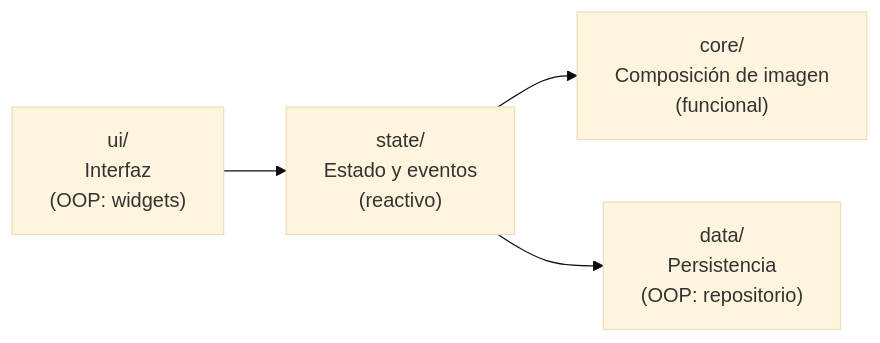
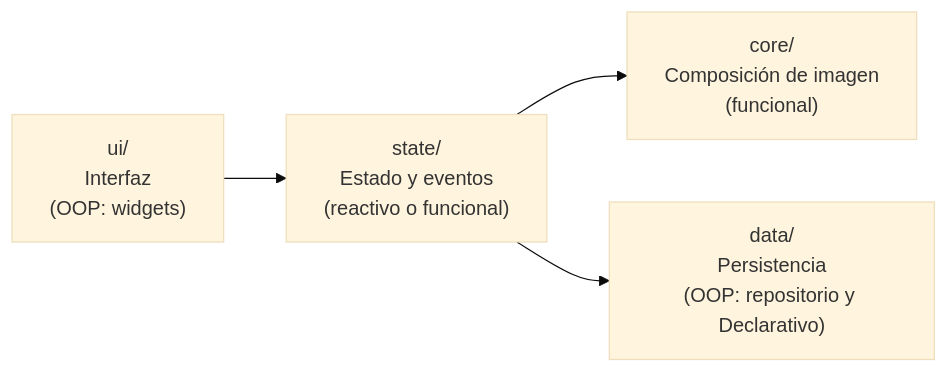
One commit to Dacknow/GeoSnap changed the first of 2 diagrams in README.md. Above: the diagram before and after it, drawn with Mermaid (base theme). The commit also changed other lines of this file and 6 other files, not shown here.

````diff
--- a/README.md
+++ b/README.md
@@ -83,6 +83,6 @@
 ```mermaid
 flowchart LR
-    A["ui/<br/>Interfaz<br/>(OOP: widgets)"] --> B["state/<br/>Estado y eventos<br/>(reactivo)"]
+    A["ui/<br/>Interfaz<br/>(OOP: widgets)"] --> B["state/<br/>Estado y eventos<br/>(reactivo o funcional)"]
     B --> C["core/<br/>Composición de imagen<br/>(funcional)"]
-    B --> D["data/<br/>Persistencia<br/>(OOP: repositorio)"]
+    B --> D["data/<br/>Persistencia<br/>(OOP: repositorio y Declarativo)"]
 ```
````
